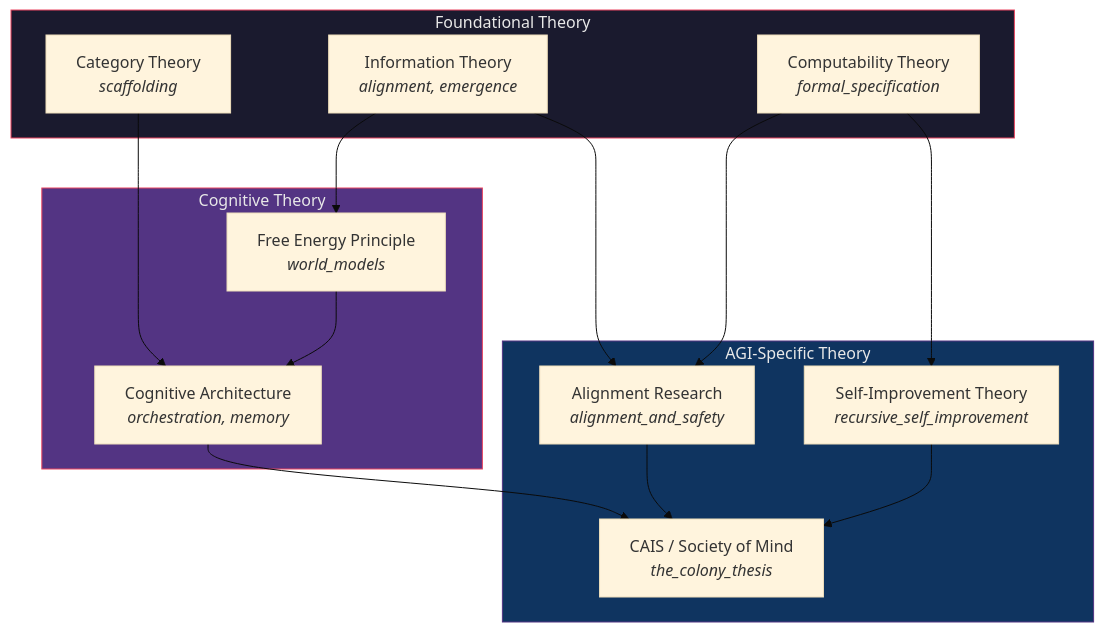
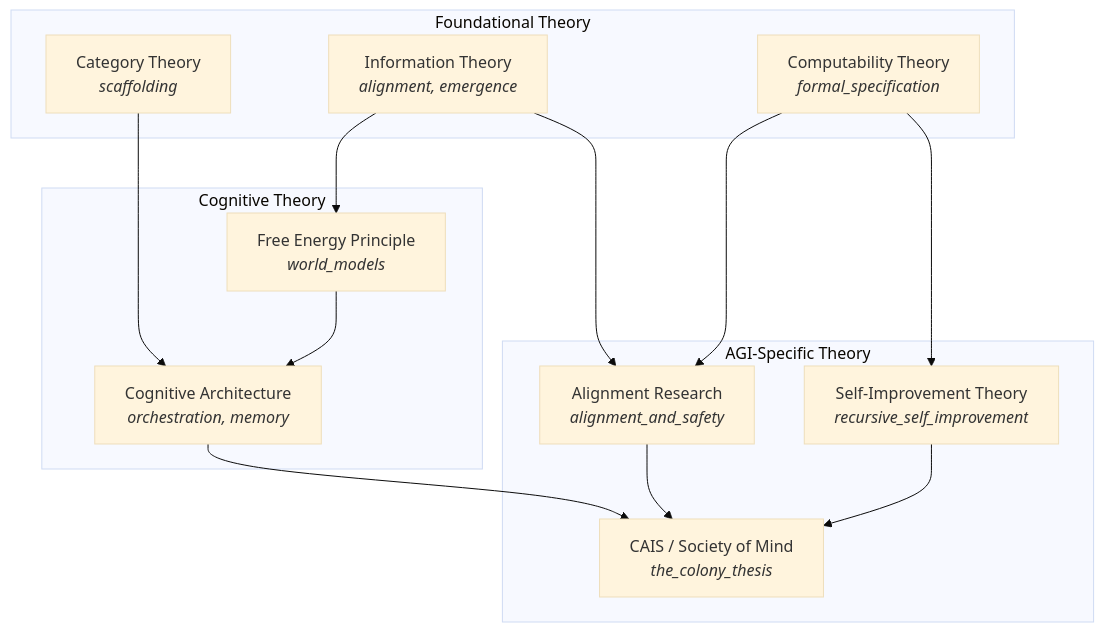
The second of 2 diagrams in docs/agi/SPEC.md (docxology/codomyrmex), drawn with Mermaid (base theme) before and after one commit. The commit also changed other lines of this file and 86 other files, not shown here.

````diff
--- a/docs/agi/SPEC.md
+++ b/docs/agi/SPEC.md
@@ -118,33 +116,29 @@
 ```mermaid
 graph TB
     subgraph FOUNDATION["Foundational Theory"]
         CAT["Category Theory<br/><i>scaffolding</i>"]
         INFO["Information Theory<br/><i>alignment, emergence</i>"]
         COMP["Computability Theory<br/><i>formal_specification</i>"]
     end
 
     subgraph COGNITIVE["Cognitive Theory"]
         COG_ARCH["Cognitive Architecture<br/><i>orchestration, memory</i>"]
         FEP["Free Energy Principle<br/><i>world_models</i>"]
     end
 
     subgraph AGI_SPECIFIC["AGI-Specific Theory"]
         ALIGN["Alignment Research<br/><i>alignment_and_safety</i>"]
         RSI["Self-Improvement Theory<br/><i>recursive_self_improvement</i>"]
         CAIS["CAIS / Society of Mind<br/><i>the_colony_thesis</i>"]
     end
 
     CAT --> COG_ARCH
     INFO --> FEP
     INFO --> ALIGN
     COMP --> RSI
     COMP --> ALIGN
     FEP --> COG_ARCH
     COG_ARCH --> CAIS
     ALIGN --> CAIS
     RSI --> CAIS
-
-    style FOUNDATION fill:#1a1a2e,stroke:#e94560,color:#e8e8e8
-    style COGNITIVE fill:#533483,stroke:#e94560,color:#e8e8e8
-    style AGI_SPECIFIC fill:#0f3460,stroke:#533483,color:#e8e8e8
 ```
````
